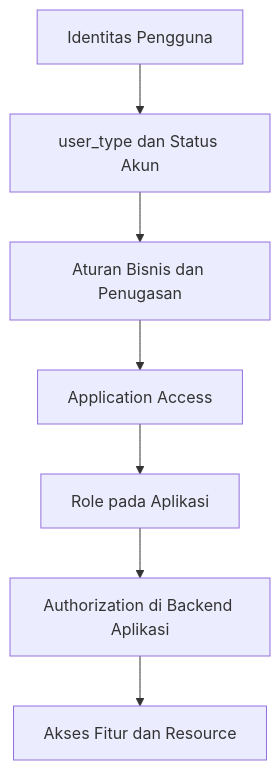
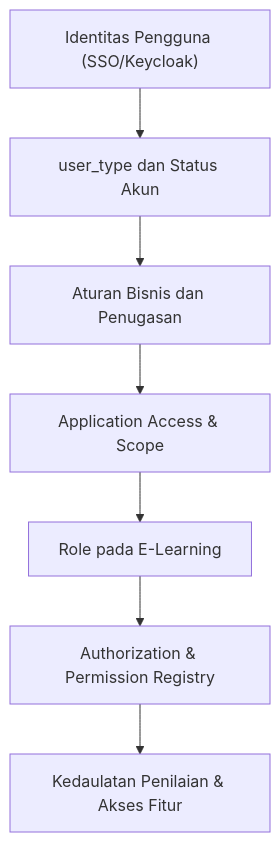
Before and after one commit to madan6557/e-learning-uay: the third of 4 diagrams in docs/Arsitektur Pengelolaan Identitas.md, drawn with Mermaid. The commit also changed other lines of this file and 4 other files, not shown here.

Commit message:
docs(governance): update panduan operasional, SOP versi 2.0, matriks wewenang 6 role dan test cases tata kelola

````diff
--- a/docs/Arsitektur Pengelolaan Identitas.md
+++ b/docs/Arsitektur Pengelolaan Identitas.md
@@ -139,9 +182,9 @@
 ```mermaid
 flowchart TD
-    A["Identitas Pengguna"] --> B["user_type dan Status Akun"]
+    A["Identitas Pengguna (SSO/Keycloak)"] --> B["user_type dan Status Akun"]
     B --> C["Aturan Bisnis dan Penugasan"]
-    C --> D["Application Access"]
-    D --> E["Role pada Aplikasi"]
-    E --> F["Authorization di Backend Aplikasi"]
-    F --> G["Akses Fitur dan Resource"]
+    C --> D["Application Access & Scope"]
+    D --> E["Role pada E-Learning"]
+    E --> F["Authorization & Permission Registry"]
+    F --> G["Kedaulatan Penilaian & Akses Fitur"]
 ```
````
